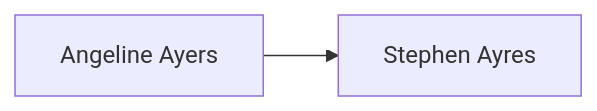
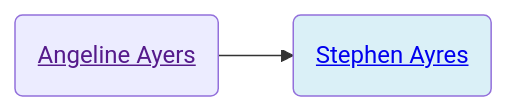
One commit to neelsmith/avocational changed the diagram in familyhistory/sources/people/Henderson-line/Ayers-line/Angeline_Ayers.qmd. Above: the diagram before and after it, drawn with Mermaid. The commit also changed 71 other files, not shown here.

````diff
--- a/familyhistory/sources/people/Henderson-line/Ayers-line/Angeline_Ayers.qmd
+++ b/familyhistory/sources/people/Henderson-line/Ayers-line/Angeline_Ayers.qmd
@@ -19,4 +19,9 @@
 ```{mermaid}
 graph LR
-Angeline_Ayers[Angeline Ayers] -->  Stephen_Ayres[Stephen Ayres]
+Angeline_Ayers(<a href=''>Angeline Ayers</>) -->  Stephen_Ayres(<a href='./Stephen_Ayres.html'>Stephen Ayres</>)
+class Stephen_Ayres father
+classDef mother fill:#ffd1dc
+classDef father fill:#daf0f7  
+classDef marriage fill:#ffffff
+
 ```
````
